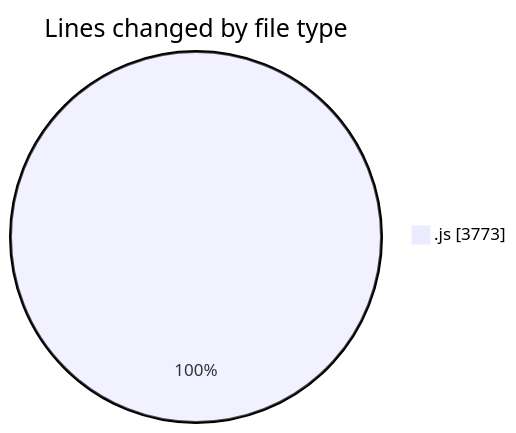
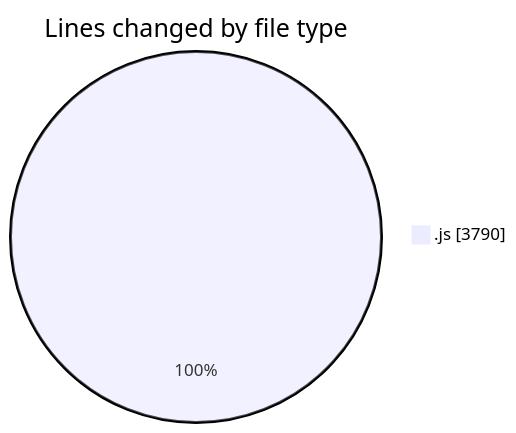
One commit to nxtqubesakshisongat/code-tracking changed the first of 2 diagrams in 2025-12-12/nxtqube_webapp/README.md. Above: the diagram before and after it, drawn with Mermaid. The commit also changed other lines of this file and 1 other file, not shown here.

````diff
--- a/2025-12-12/nxtqube_webapp/README.md
+++ b/2025-12-12/nxtqube_webapp/README.md
@@ -21,5 +21,5 @@
 ```mermaid
 pie showData
 title Lines changed by file type
-".js" : 3773
+".js" : 3790
 ```
````
